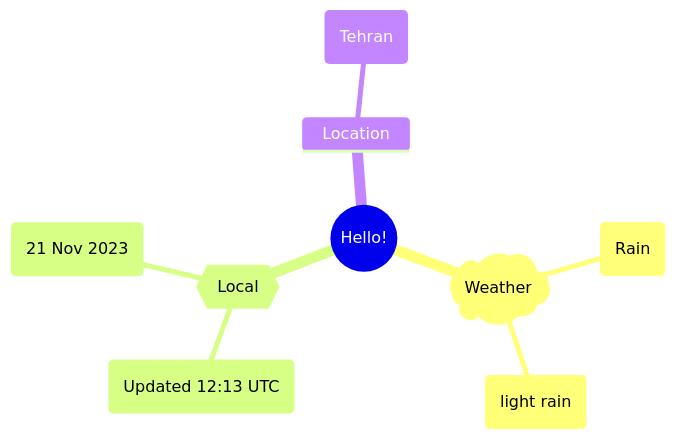
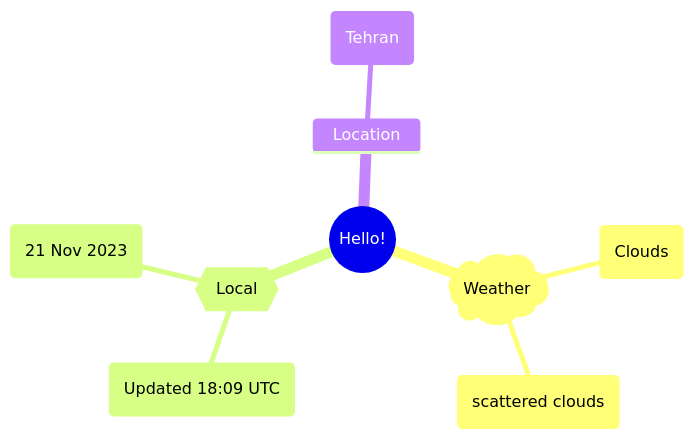
One commit to Xosrov/Xosrov changed the first of 2 diagrams in README.md. Above: the diagram before and after it, drawn with Mermaid.

Commit message:
[bot] updated images

````diff
--- a/README.md
+++ b/README.md
@@ -3,12 +3,12 @@
 ```mermaid
 mindmap
   root((Hello!))
     )Weather(
-        (Rain)
-        (light rain)
+        (Clouds)
+        (scattered clouds)
     {{Local}}
-        (Updated 12:13 UTC)
+        (Updated 18:09 UTC)
         (21 Nov 2023)
     Location
         (Tehran)
 ```
````
